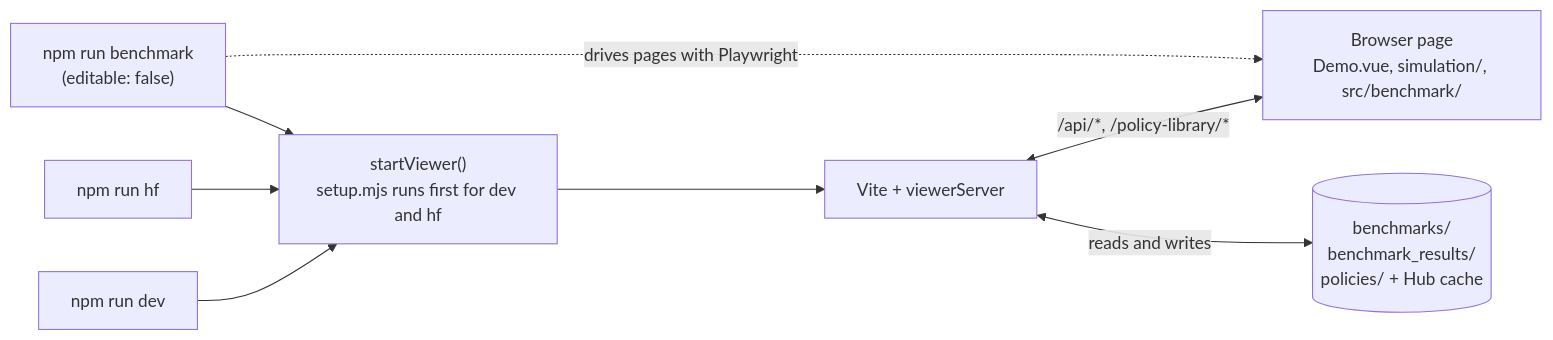
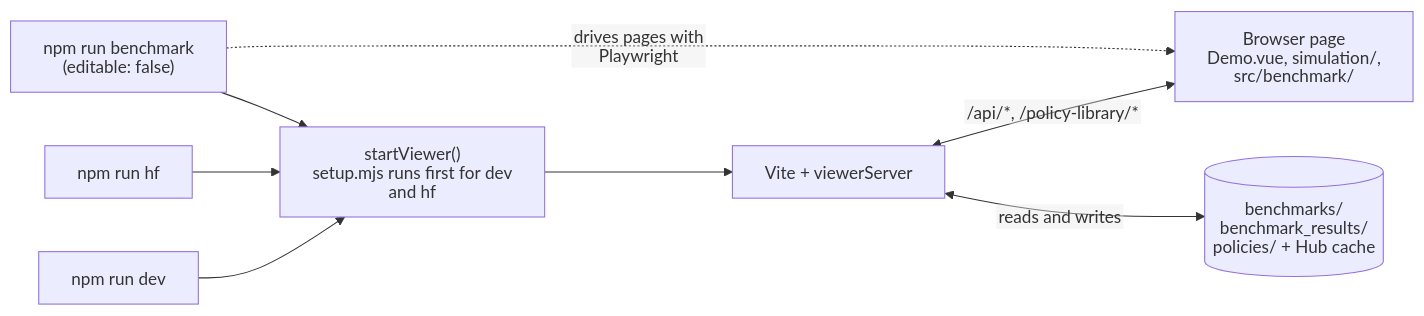
One commit to menloresearch/humanoid-policy-viewer changed the first of 2 diagrams in docs/architecture.md. Above: the diagram before and after it, drawn with Mermaid. The commit also changed other lines of this file, not shown here.

Commit message:
docs: mermaid diagrams use svg labels to stop clipping; benchmark-to-leaderboard flows left to right

````diff
--- a/docs/architecture.md
+++ b/docs/architecture.md
@@ -82,10 +82,14 @@
 ```mermaid
+---
+config:
+  htmlLabels: false
+---
 flowchart LR
     dev["npm run dev"] --> start
     hf["npm run hf"] --> start
     bench["npm run benchmark<br/>(editable: false)"] --> start
     start["startViewer()<br/>setup.mjs runs first for dev and hf"] --> server["Vite + viewerServer"]
     server <-->|"/api/*, /policy-library/*"| page["Browser page<br/>Demo.vue, simulation/, src/benchmark/"]
     server <-->|reads and writes| disk[("benchmarks/<br/>benchmark_results/<br/>policies/ + Hub cache")]
     bench -.->|"drives pages with Playwright"| page
 ```
````
